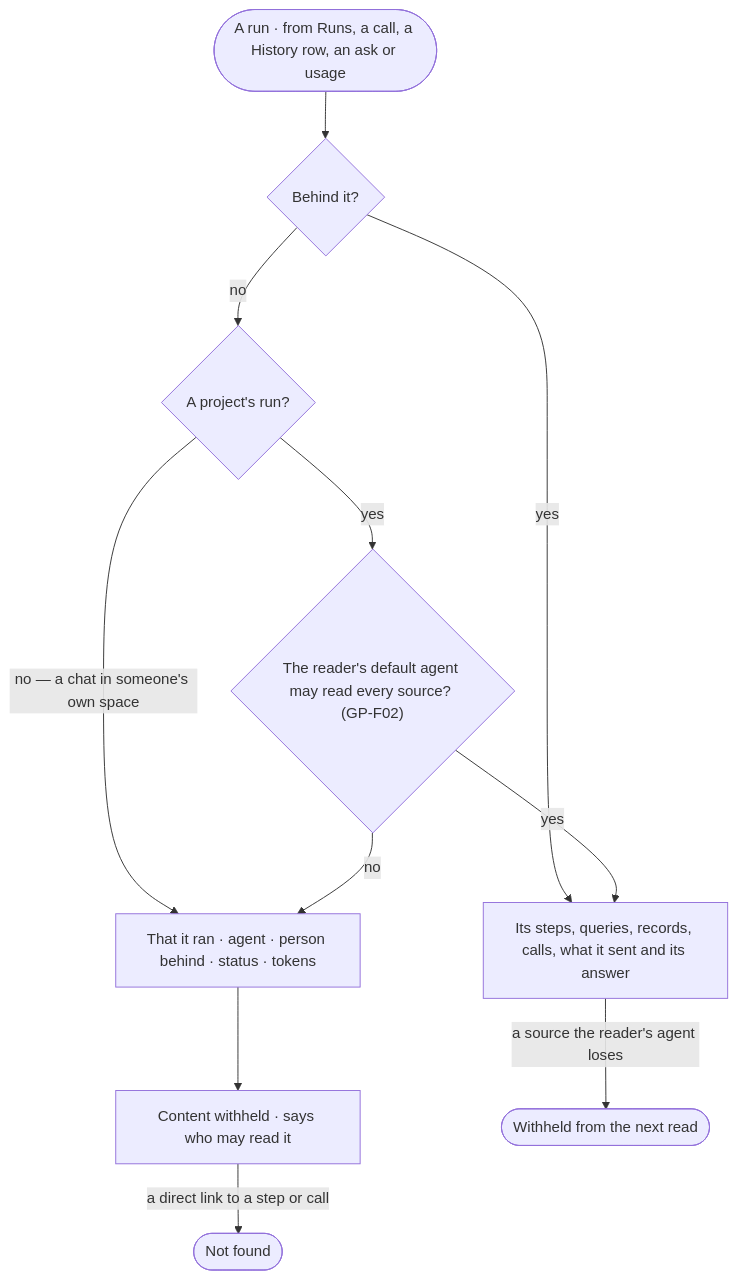
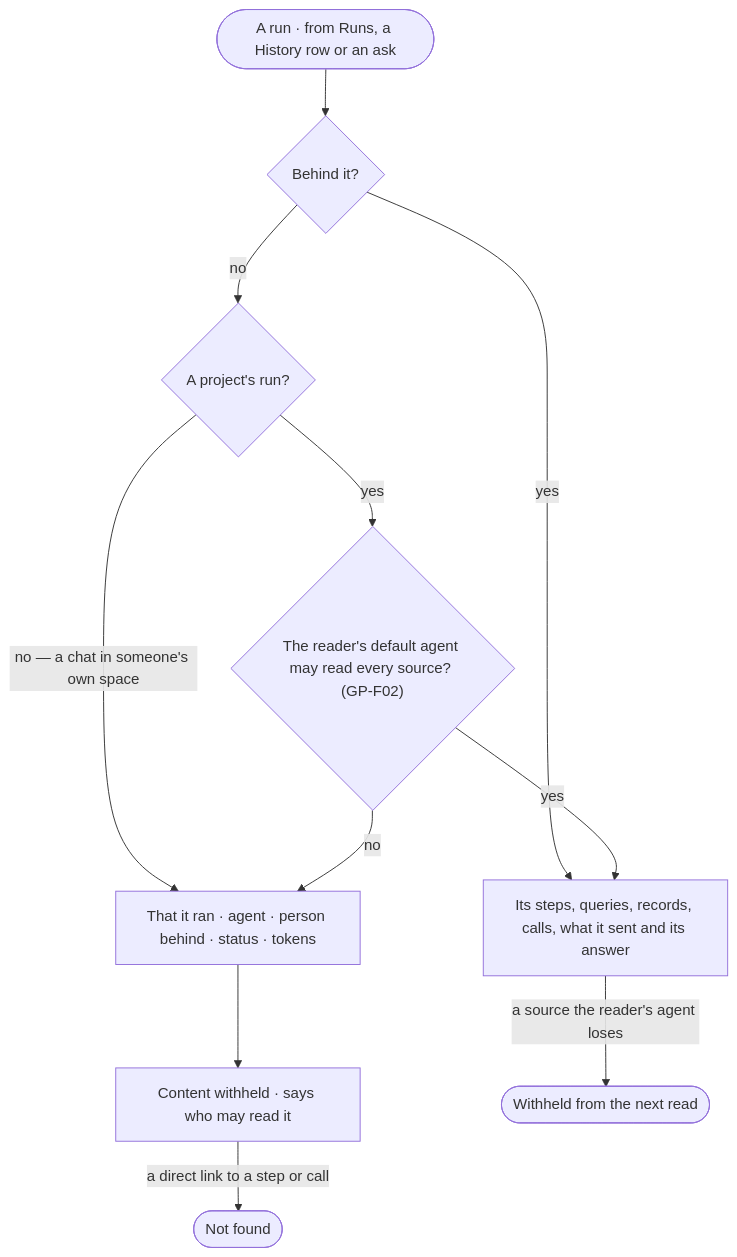
The diagram in specs/os/access/features/AC-F09-what-left-the-platform/stories/AC-31-keep-a-runs-content-to-those-who-may-read-it/story.md (invana/invana), drawn with Mermaid before and after one commit. The commit also changed other lines of this file and 5 other files, not shown here.

````diff
--- a/specs/os/access/features/AC-F09-what-left-the-platform/stories/AC-31-keep-a-runs-content-to-those-who-may-read-it/story.md
+++ b/specs/os/access/features/AC-F09-what-left-the-platform/stories/AC-31-keep-a-runs-content-to-those-who-may-read-it/story.md
@@ -30,13 +30,13 @@
 ```mermaid
 flowchart TD
-  o([A run · from Runs, a call, a History row, an ask or usage]) --> b{"Behind it?"}
+  o([A run · from Runs, a History row or an ask]) --> b{"Behind it?"}
   b -->|yes| full["Its steps, queries, records, calls, what it sent and its answer"]
   b -->|no| p{"A project's run?"}
   p -->|no — a chat in someone's own space| meta["That it ran · agent · person behind · status · tokens"]
   p -->|yes| l{"The reader's default agent may read every source? (GP-F02)"}
   l -->|yes| full
   l -->|no| meta
   meta --> wh["Content withheld · says who may read it"]
   wh -->|a direct link to a step or call| nf(["Not found"])
   full -->|a source the reader's agent loses| re(["Withheld from the next read"])
 ```
````
